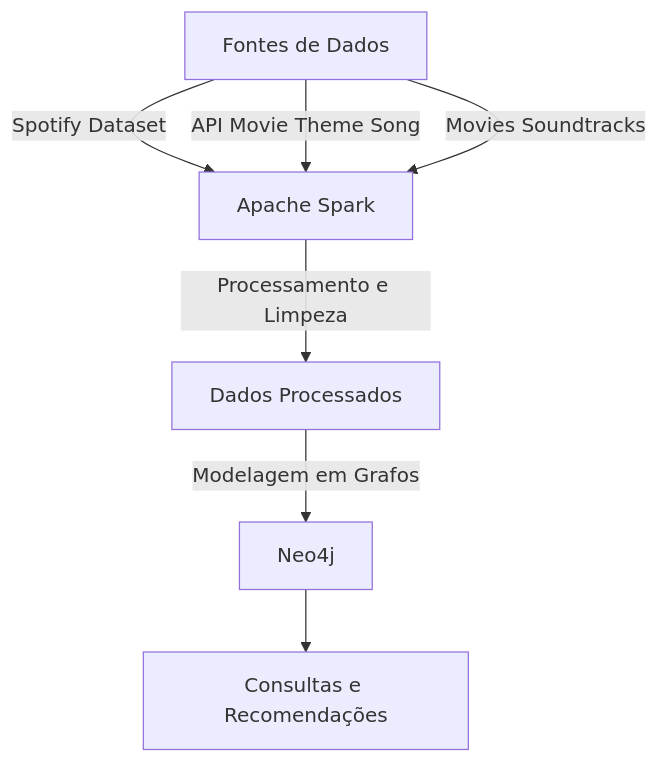
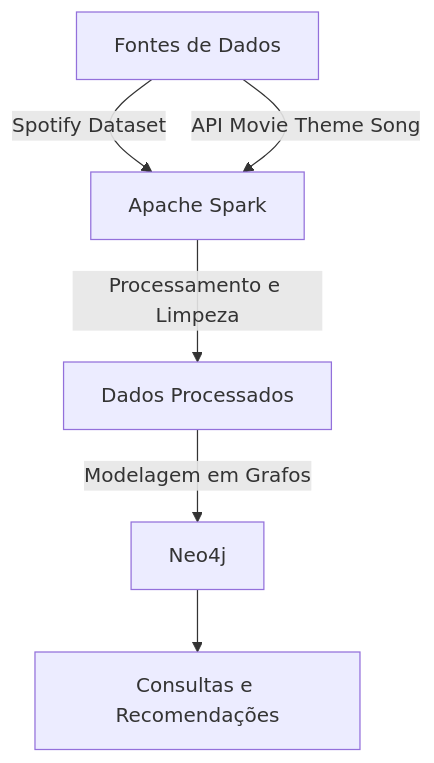
The diagram in README.md (BeatrizPat/UFSCar-CC-So-PMD2025-Grupo05), drawn with Mermaid before and after one commit. The commit also changed other lines of this file, not shown here.

````diff
--- a/README.md
+++ b/README.md
@@ -32,9 +30,8 @@
 ```mermaid
 graph TD
     A[Fontes de Dados] -->|Spotify Dataset| B[Apache Spark]
     A -->|API Movie Theme Song| B
-    A -->|Movies Soundtracks| B
     B -->|Processamento e Limpeza| C[Dados Processados]
     C -->|Modelagem em Grafos| D[Neo4j]
     D --> E[Consultas e Recomendações]
 ```
````
